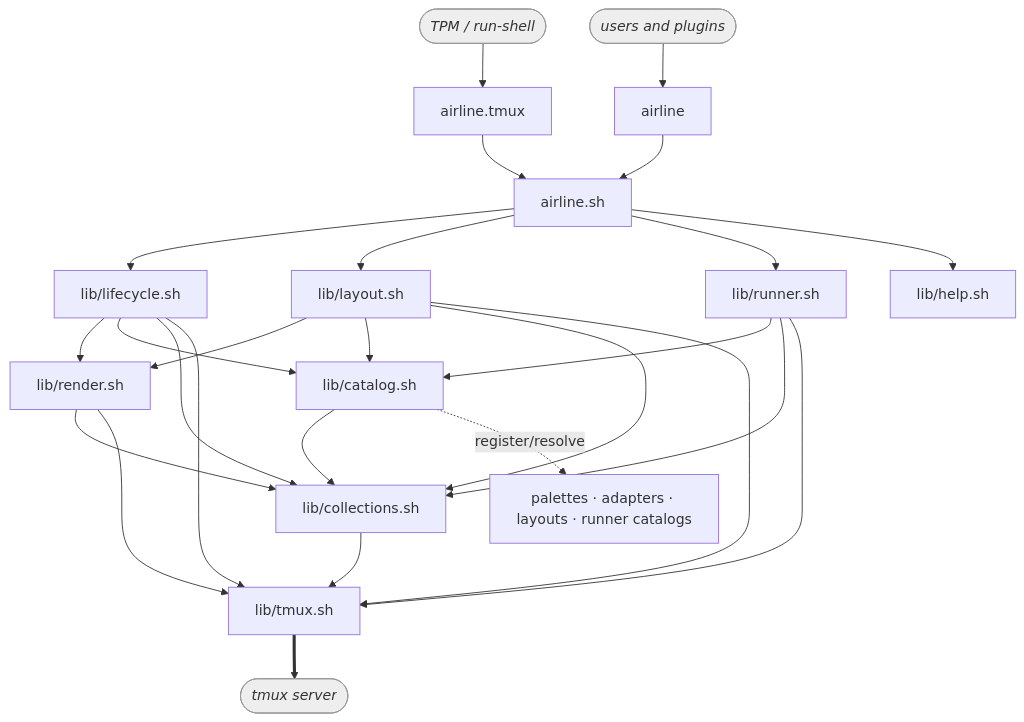
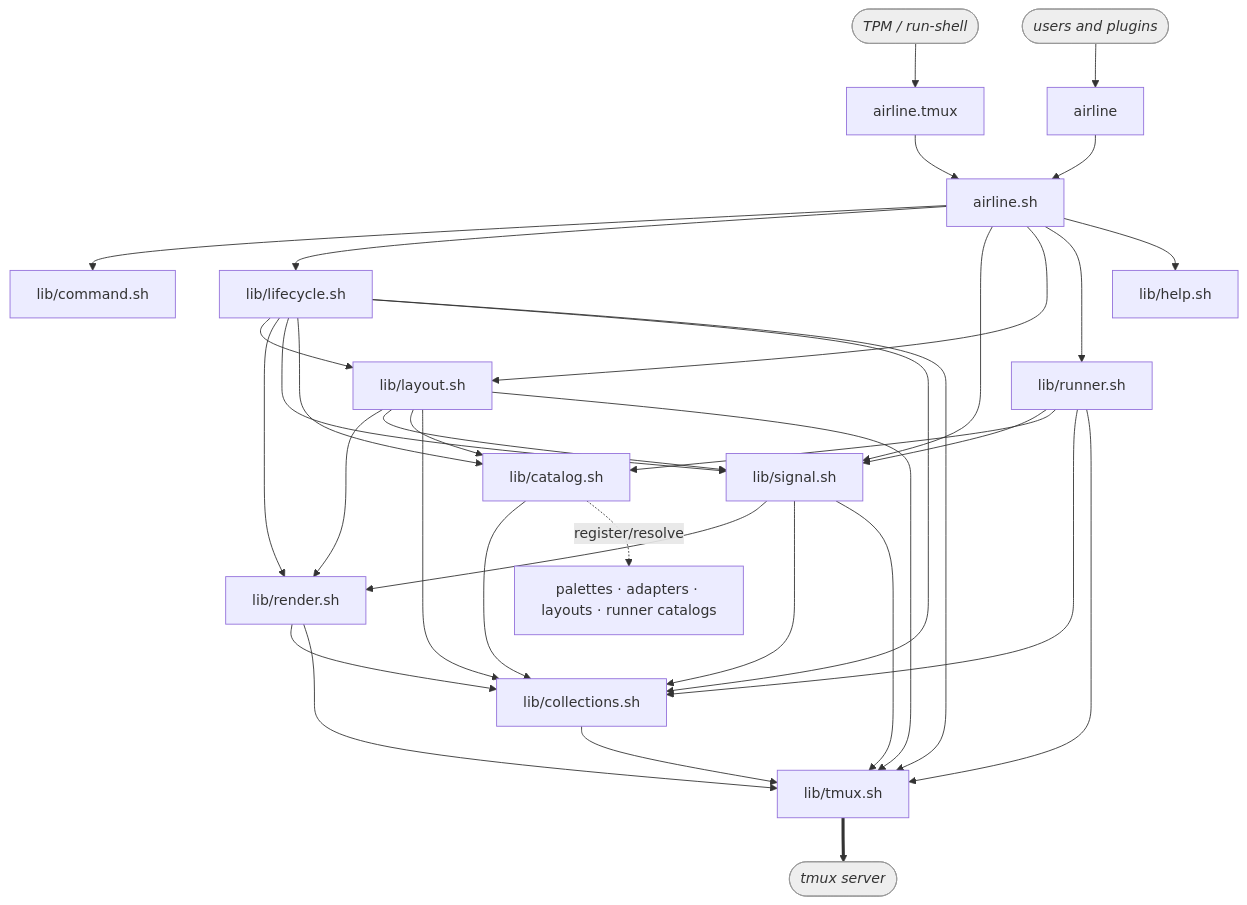
One commit to andrewjstryker/tmux-airline changed the first of 2 diagrams in DESIGN.md. Above: the diagram before and after it, drawn with Mermaid. The commit also changed other lines of this file and 17 other files, not shown here.

Commit message:
Add signal and command services

````diff
--- a/DESIGN.md
+++ b/DESIGN.md
@@ -57,30 +59,39 @@
 ```mermaid
 graph TD
     TPM([TPM / run-shell]):::ext --> ENTRY[airline.tmux]
     EXT([users and plugins]):::ext --> SHIM[airline]
     ENTRY --> CLI[airline.sh]
     SHIM --> CLI
+    CLI --> CMD[lib/command.sh]
     CLI --> LIFE[lib/lifecycle.sh]
+    CLI --> SIGNAL[lib/signal.sh]
     CLI --> LAYOUT[lib/layout.sh]
     CLI --> RUNNER[lib/runner.sh]
     CLI --> HELP[lib/help.sh]
+    LIFE --> LAYOUT
     LIFE --> LOGIC[lib/render.sh]
+    LIFE --> SIGNAL
     LAYOUT --> LOGIC
+    LAYOUT --> SIGNAL
+    RUNNER --> SIGNAL
     LIFE --> CAT[lib/catalog.sh]
     LAYOUT --> CAT
     RUNNER --> CAT
     CAT --> COLL
     LIFE --> COLL[lib/collections.sh]
     LAYOUT --> COLL
     RUNNER --> COLL
     LOGIC --> COLL
+    SIGNAL --> LOGIC
+    SIGNAL --> COLL
     LIFE --> MECH[lib/tmux.sh]
     LAYOUT --> MECH
     RUNNER --> MECH
     LOGIC --> MECH
+    SIGNAL --> MECH
     COLL --> MECH
     CAT -. register/resolve .-> FILES[palettes · adapters · layouts · runner catalogs]
     MECH ==> TMUX([tmux server]):::ext
 
     classDef ext fill:#eee,stroke:#999,color:#333,font-style:italic;
 ```
````
